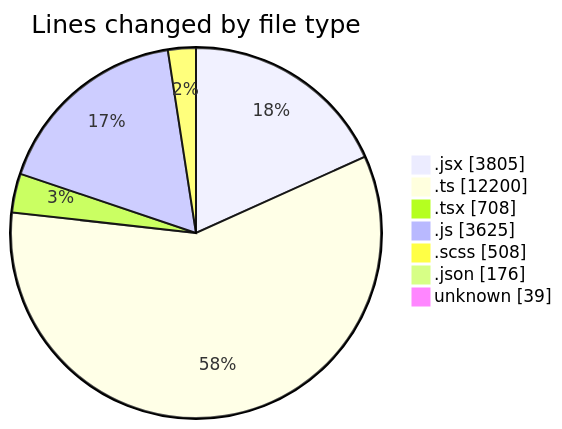
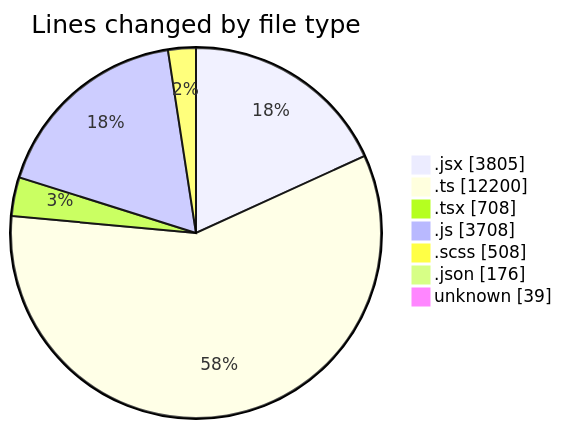
Before and after one commit to momahboobian/code-tracking: the first of 2 diagrams in 2025-06-05/cda/README.md, drawn with Mermaid. The commit also changed other lines of this file and 1 other file, not shown here.

````diff
--- a/2025-06-05/cda/README.md
+++ b/2025-06-05/cda/README.md
@@ -60,11 +60,11 @@
 ```mermaid
 pie showData
 title Lines changed by file type
 ".jsx" : 3805
 ".ts" : 12200
 ".tsx" : 708
-".js" : 3625
+".js" : 3708
 ".scss" : 508
 ".json" : 176
 "unknown" : 39
 ```
````
